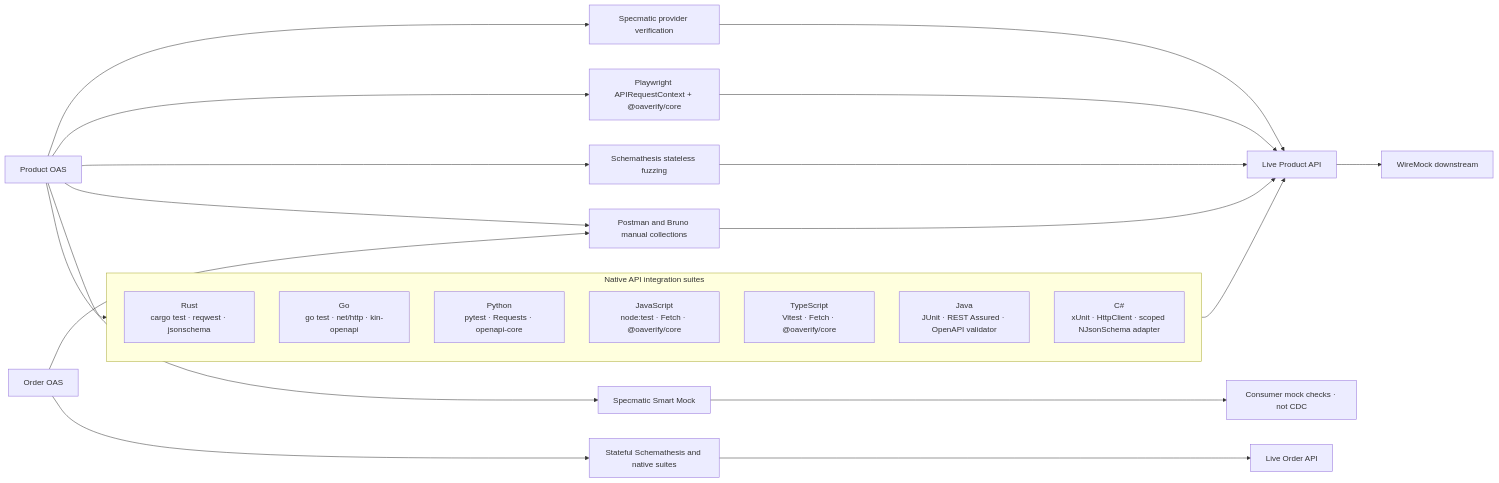
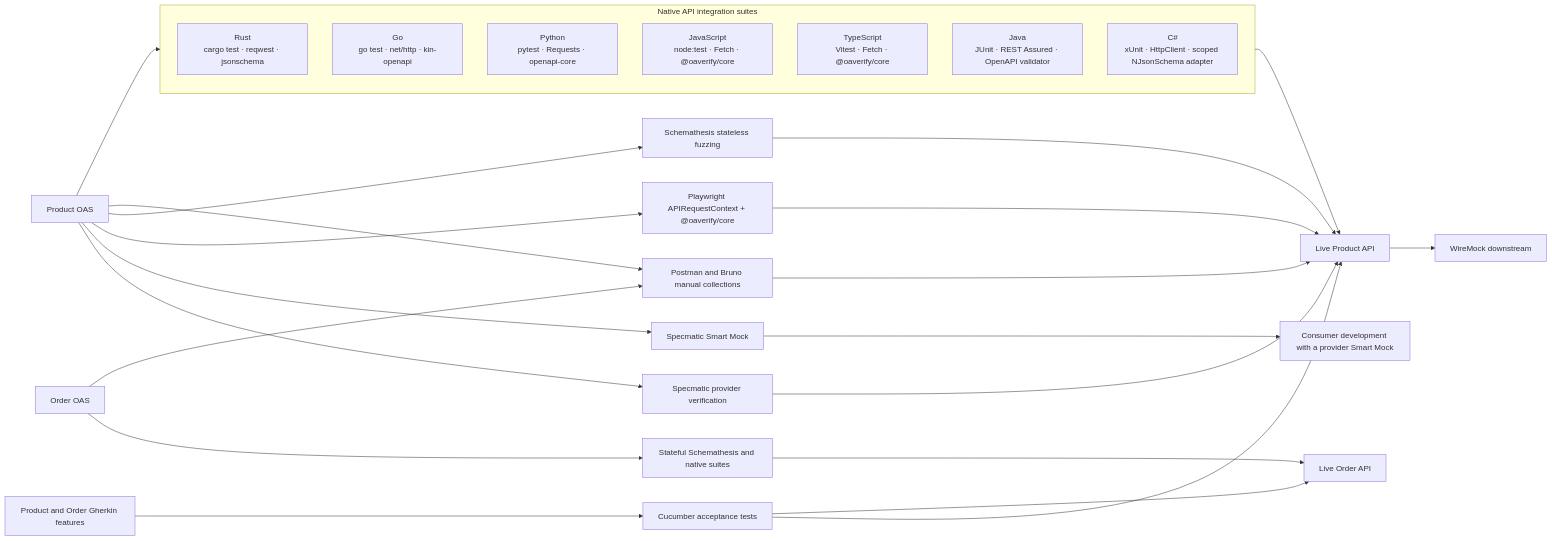
The first of 2 diagrams in README.md (shoman2020/oas-polycontract), drawn with Mermaid before and after one commit. The commit also changed other lines of this file and 47 other files, not shown here.

Commit message:
Strengthen contract pipeline and add BDD acceptance tests

````diff
--- a/README.md
+++ b/README.md
@@ -21,29 +21,32 @@
 ```mermaid
 flowchart LR
   ProductOAS[Product OAS] --> ProviderTest[Specmatic provider verification]
   ProviderTest --> ProductAPI[Live Product API]
   ProductOAS --> SmartMock[Specmatic Smart Mock]
-  SmartMock --> ConsumerTests[Consumer mock checks · not CDC]
+  SmartMock --> ConsumerTests[Consumer development with a provider Smart Mock]
+  ProductFeatures[Product and Order Gherkin features] --> BDD[Cucumber acceptance tests]
+  BDD --> ProductAPI
+  BDD --> OrderAPI
   ProductOAS --> NativeSuites
   subgraph NativeSuites["Native API integration suites"]
     direction TB
     RustSuite["Rust<br/>cargo test · reqwest · jsonschema"]
     GoSuite["Go<br/>go test · net/http · kin-openapi"]
     PythonSuite["Python<br/>pytest · Requests · openapi-core"]
     JavaScriptSuite["JavaScript<br/>node:test · Fetch · @oaverify/core"]
     TypeScriptSuite["TypeScript<br/>Vitest · Fetch · @oaverify/core"]
     JavaSuite["Java<br/>JUnit · REST Assured · OpenAPI validator"]
     CSharpSuite["C#<br/>xUnit · HttpClient · scoped NJsonSchema adapter"]
   end
   NativeSuites --> ProductAPI
   ProductOAS --> Playwright[Playwright APIRequestContext + @oaverify/core]
   Playwright --> ProductAPI
   ProductOAS --> ProductFuzzing[Schemathesis stateless fuzzing]
   ProductFuzzing --> ProductAPI
   OrderOAS[Order OAS] --> StatefulTests[Stateful Schemathesis and native suites]
   StatefulTests --> OrderAPI[Live Order API]
   ProductAPI --> WireMock[WireMock downstream]
   ProductOAS --> Collections[Postman and Bruno manual collections]
   Collections --> ProductAPI
   OrderOAS --> Collections
 ```
````
